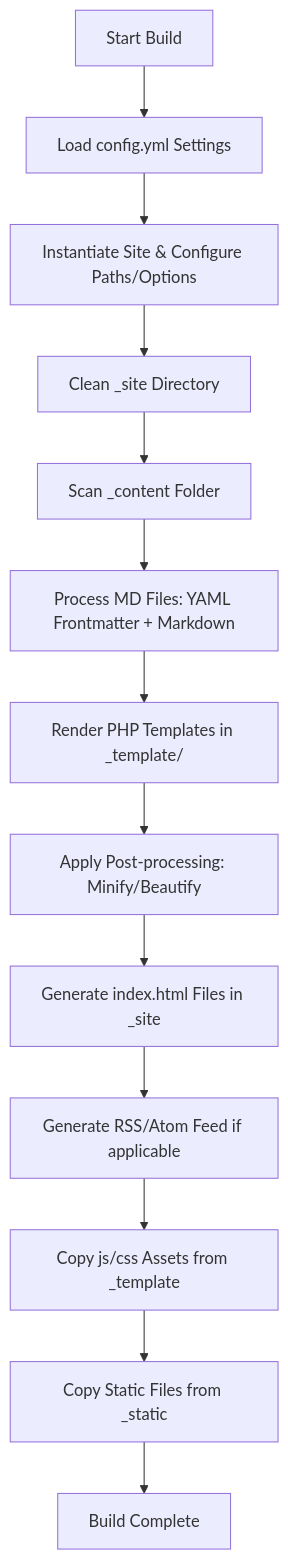
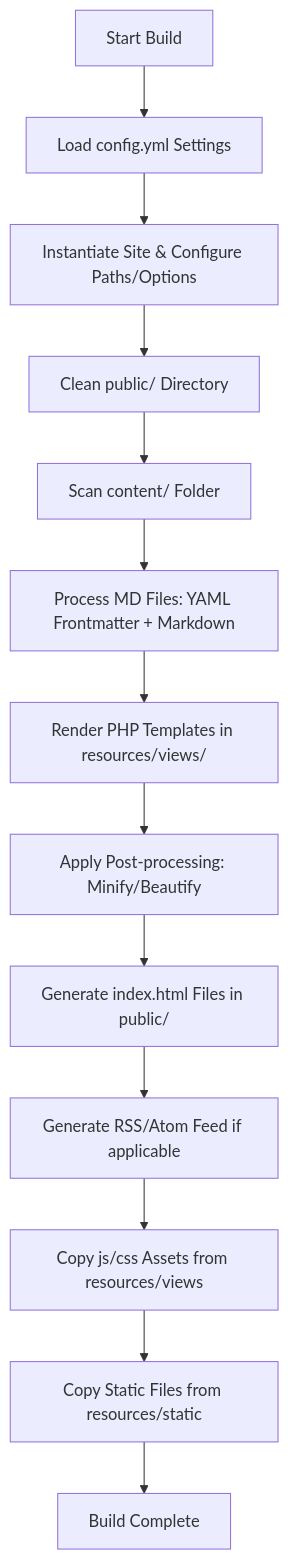
The diagram in docs/architecture.md (indieinabox/indieinabox), drawn with Mermaid before and after one commit. The commit also changed other lines of this file and 84 other files, not shown here.

````diff
--- a/docs/architecture.md
+++ b/docs/architecture.md
@@ -9,15 +9,15 @@
 ```mermaid
 graph TD
     A[Start Build] --> B[Load config.yml Settings]
     B --> C[Instantiate Site & Configure Paths/Options]
-    C --> D[Clean _site Directory]
-    D --> E[Scan _content Folder]
+    C --> D[Clean public/ Directory]
+    D --> E[Scan content/ Folder]
     E --> F[Process MD Files: YAML Frontmatter + Markdown]
-    F --> G[Render PHP Templates in _template/]
+    F --> G[Render PHP Templates in resources/views/]
     G --> H[Apply Post-processing: Minify/Beautify]
-    H --> I[Generate index.html Files in _site]
+    H --> I[Generate index.html Files in public/]
     I --> J[Generate RSS/Atom Feed if applicable]
-    J --> K[Copy js/css Assets from _template]
-    K --> L[Copy Static Files from _static]
+    J --> K[Copy js/css Assets from resources/views]
+    K --> L[Copy Static Files from resources/static]
     L --> M[Build Complete]
 ```
````
